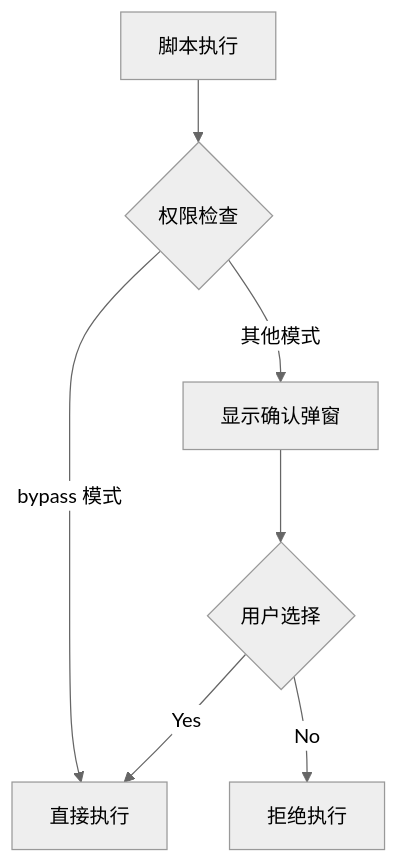
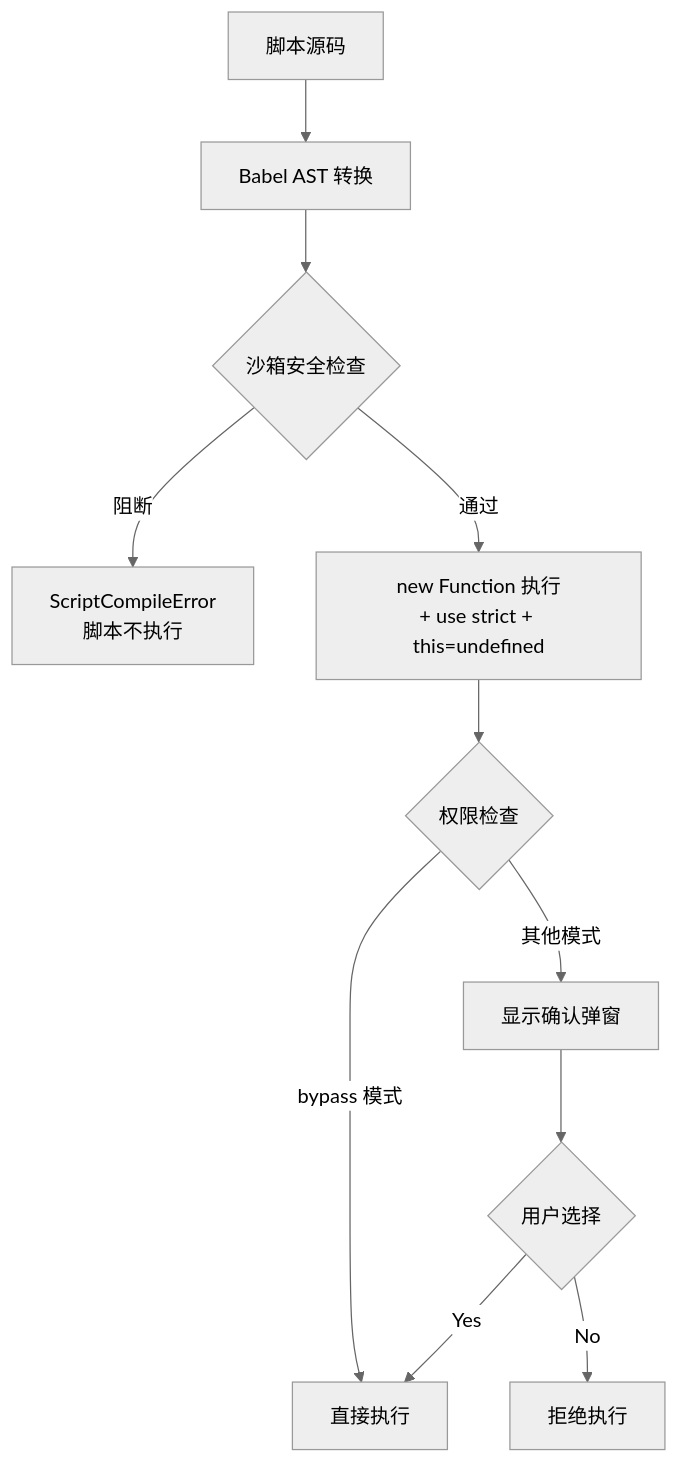
Before and after one commit to rtc-agent/.claude: the third of 4 diagrams in skills/rtc-agent-product-standards/06-script-engine.md, drawn with Mermaid (neutral theme). The commit also changed other lines of this file and 33 other files, not shown here.

````diff
--- a/skills/rtc-agent-product-standards/06-script-engine.md
+++ b/skills/rtc-agent-product-standards/06-script-engine.md
@@ -96,9 +133,13 @@
 ```mermaid
 flowchart TD
-    A[脚本执行] --> B{权限检查}
-    B -->|bypass 模式| C[直接执行]
-    B -->|其他模式| D[显示确认弹窗]
-    D --> E{用户选择}
-    E -->|Yes| C
-    E -->|No| F[拒绝执行]
+    A[脚本源码] --> B[Babel AST 转换]
+    B --> C{沙箱安全检查}
+    C -->|阻断| D[ScriptCompileError<br/>脚本不执行]
+    C -->|通过| E[new Function 执行<br/>+ use strict + this=undefined]
+    E --> F{权限检查}
+    F -->|bypass 模式| G[直接执行]
+    F -->|其他模式| H[显示确认弹窗]
+    H --> I{用户选择}
+    I -->|Yes| G
+    I -->|No| J[拒绝执行]
 ```
````
